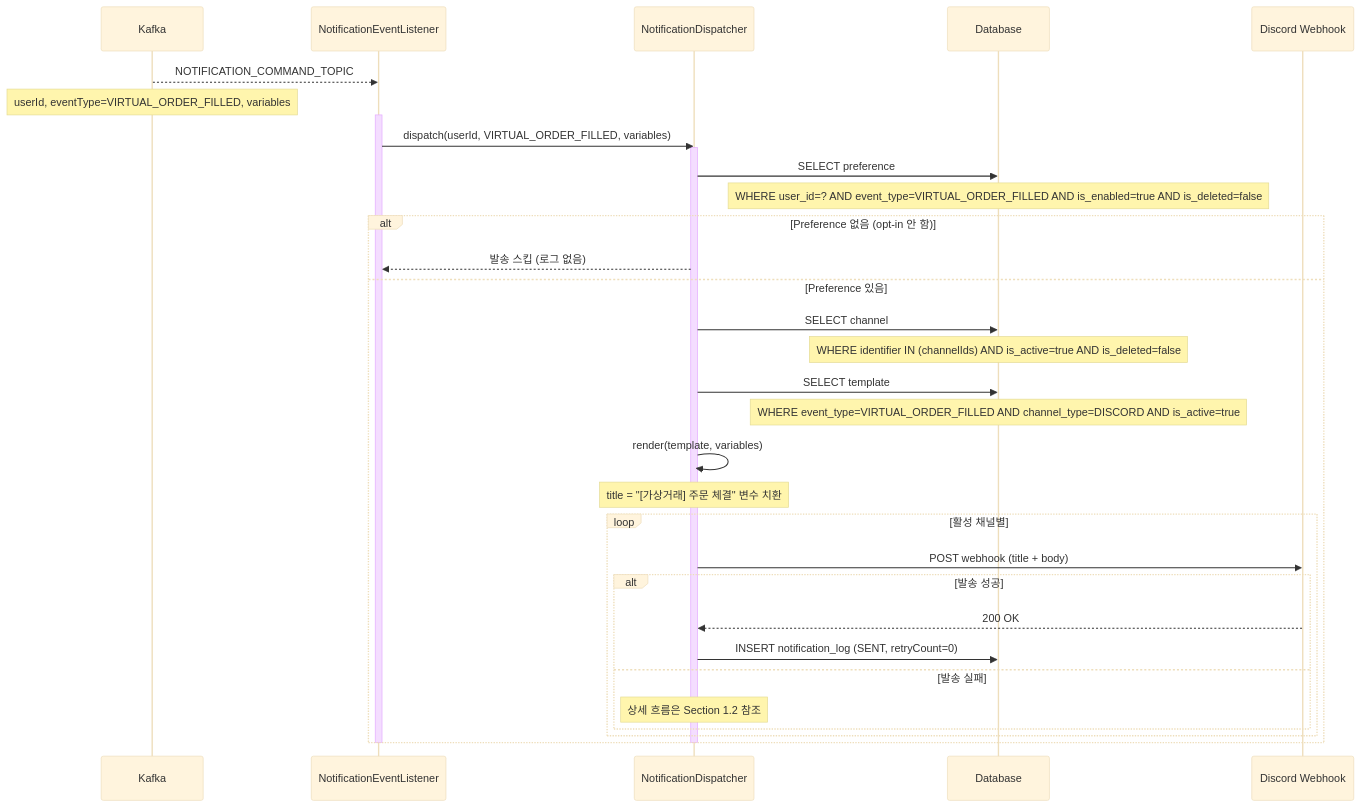
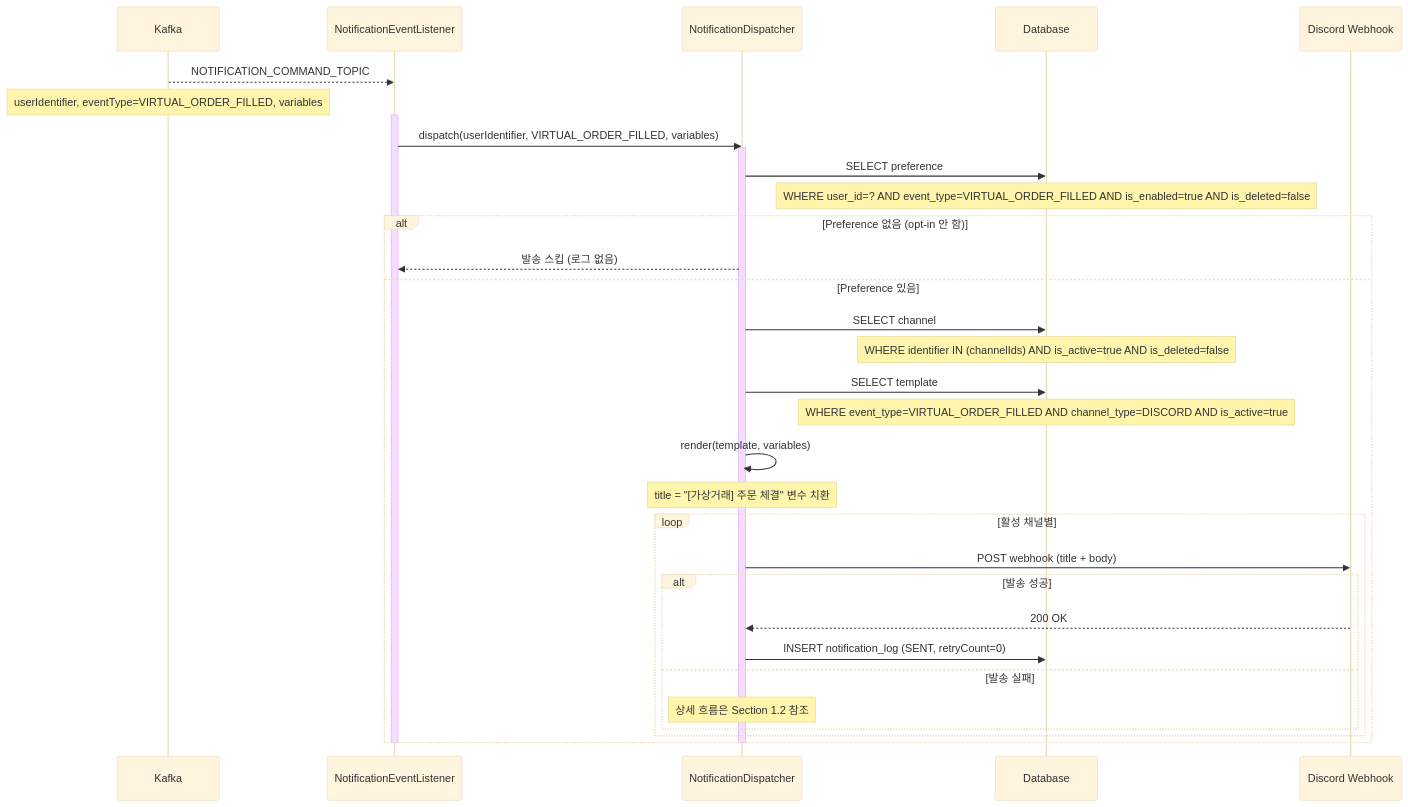
Before and after one commit to Trade-Pilot/.github: the first of 9 diagrams in backend/notification/sequence-diagram.md, drawn with Mermaid (base theme). The commit also changed other lines of this file and 17 other files, not shown here.

````diff
--- a/backend/notification/sequence-diagram.md
+++ b/backend/notification/sequence-diagram.md
@@ -11,43 +11,43 @@
 ```mermaid
 sequenceDiagram
     participant Kafka as Kafka
     participant Listener as NotificationEventListener
     participant Dispatcher as NotificationDispatcher
     participant DB as Database
     participant Discord as Discord Webhook
 
     Kafka-->>Listener: NOTIFICATION_COMMAND_TOPIC
-    Note over Kafka: userId, eventType=VIRTUAL_ORDER_FILLED, variables
+    Note over Kafka: userIdentifier, eventType=VIRTUAL_ORDER_FILLED, variables
 
     activate Listener
-    Listener->>Dispatcher: dispatch(userId, VIRTUAL_ORDER_FILLED, variables)
+    Listener->>Dispatcher: dispatch(userIdentifier, VIRTUAL_ORDER_FILLED, variables)
 
     activate Dispatcher
     Dispatcher->>DB: SELECT preference
     Note over DB: WHERE user_id=? AND event_type=VIRTUAL_ORDER_FILLED AND is_enabled=true AND is_deleted=false
 
     alt Preference 없음 (opt-in 안 함)
         Dispatcher-->>Listener: 발송 스킵 (로그 없음)
     else Preference 있음
         Dispatcher->>DB: SELECT channel
         Note over DB: WHERE identifier IN (channelIds) AND is_active=true AND is_deleted=false
 
         Dispatcher->>DB: SELECT template
         Note over DB: WHERE event_type=VIRTUAL_ORDER_FILLED AND channel_type=DISCORD AND is_active=true
 
         Dispatcher->>Dispatcher: render(template, variables)
         Note over Dispatcher: title = "[가상거래] 주문 체결" 변수 치환
 
         loop 활성 채널별
             Dispatcher->>Discord: POST webhook (title + body)
             alt 발송 성공
                 Discord-->>Dispatcher: 200 OK
                 Dispatcher->>DB: INSERT notification_log (SENT, retryCount=0)
             else 발송 실패
                 Note over Dispatcher: 상세 흐름은 Section 1.2 참조
             end
         end
     end
     deactivate Dispatcher
     deactivate Listener
 ```
````
